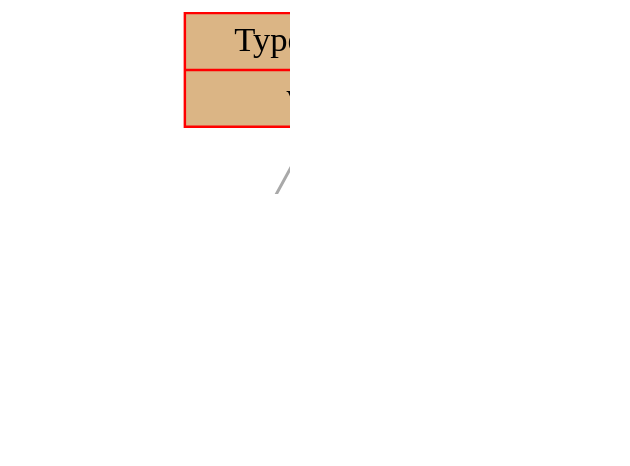
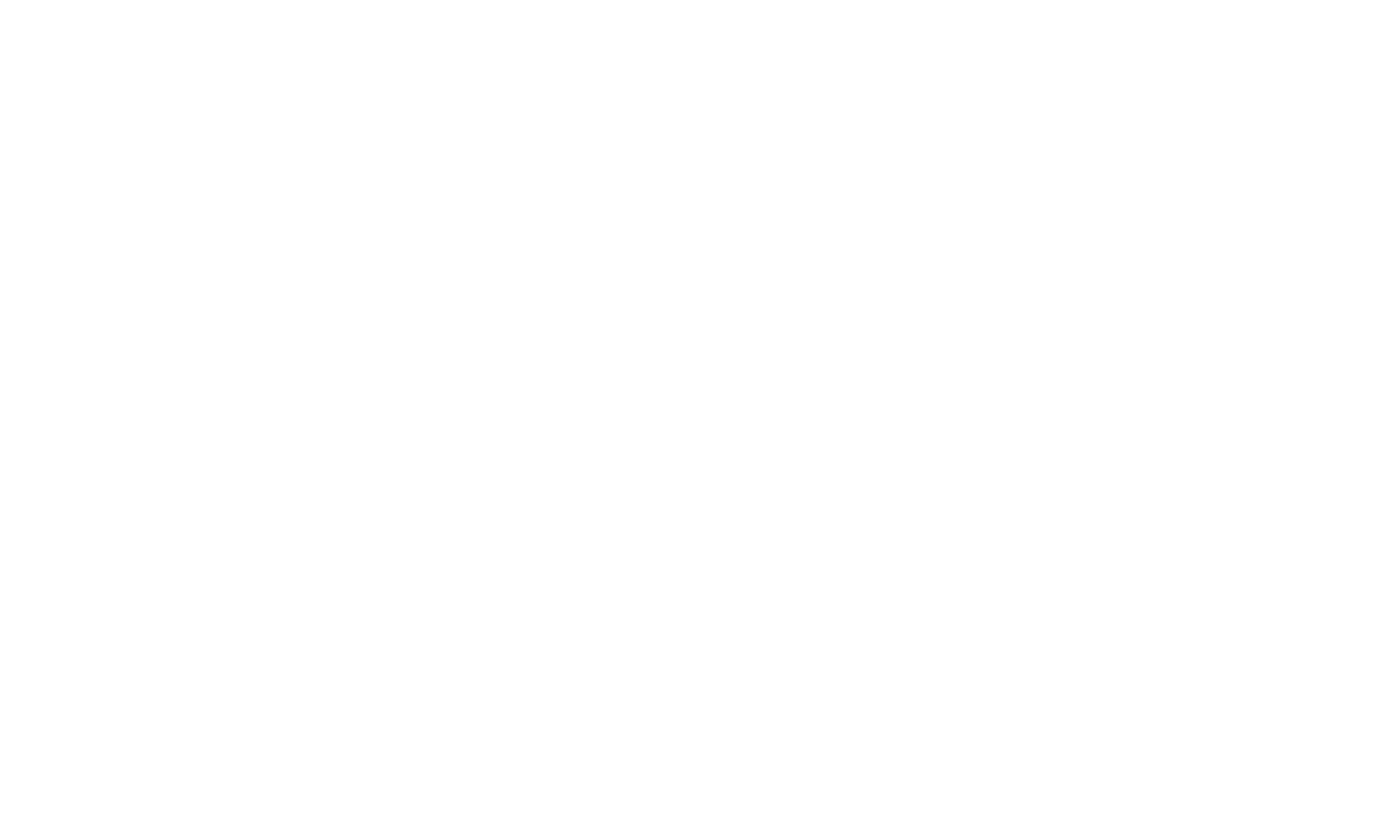
Before and after one commit to dodokek/ProgrammingLanguage: the diagram in backend/data/graph.dot, drawn with Graphviz. The commit also changed 5 other files, not shown here.

```diff
--- a/backend/data/graph.dot
+++ b/backend/data/graph.dot
@@ -1,19 +1,31 @@
 
     digraph g {
         dpi      = 200;
         fontname = "Comic Sans MS";
         fontsize = 20;
         rankdir   =  TB;
         edge [color = darkgrey, arrowhead = onormal, arrowsize = 1, penwidth = 1.2]
         graph[fillcolor = lightgreen, ranksep = 1.3, nodesep = 0.5,
         style = "rounded, filled",color = green, penwidth = 2]
 
-    Node00000156970c1760[shape=record, width=0.2, style="filled", color="red", fillcolor="#DBB585",label=" {Type: operation | value: +}"] 
+    Node000002be9ce618a0[shape=record, width=0.2, style="filled", color="red", fillcolor="#DBB585",label=" {Type: operation | value: if}"] 
  
-Node00000156970c1700[shape=record, width=0.2, style="filled", color="red", fillcolor="#DB8E21",label=" {Type: number | value: 2}"] 
+Node000002be9ce617e0[shape=record, width=0.2, style="filled", color="red", fillcolor="#DBB585",label=" {Type: operation | value: ==}"] 
  
-Node00000156970c1730[shape=record, width=0.2, style="filled", color="red", fillcolor="#DB8E21",label=" {Type: number | value: 2}"] 
+Node000002be9ce61780[shape=record, width=0.2, style="filled", color="red", fillcolor="#DB8E21",label=" {Type: number | value: 1}"] 
  
-Node00000156970c1760->Node00000156970c1700
-Node00000156970c1760->Node00000156970c1730
+Node000002be9ce617b0[shape=record, width=0.2, style="filled", color="red", fillcolor="#DB8E21",label=" {Type: number | value: 2}"] 
+ 
+Node000002be9ce61870[shape=record, width=0.2, style="filled", color="red", fillcolor="#DBB585",label=" {Type: operation | value: else}"] 
+ 
+Node000002be9ce61810[shape=record, width=0.2, style="filled", color="red", fillcolor="#DB8E21",label=" {Type: number | value: 3}"] 
+ 
+Node000002be9ce61840[shape=record, width=0.2, style="filled", color="red", fillcolor="#DB8E21",label=" {Type: number | value: 4}"] 
+ 
+Node000002be9ce618a0->Node000002be9ce617e0
+Node000002be9ce617e0->Node000002be9ce61780
+Node000002be9ce617e0->Node000002be9ce617b0
+Node000002be9ce618a0->Node000002be9ce61870
+Node000002be9ce61870->Node000002be9ce61810
+Node000002be9ce61870->Node000002be9ce61840
 }
```
